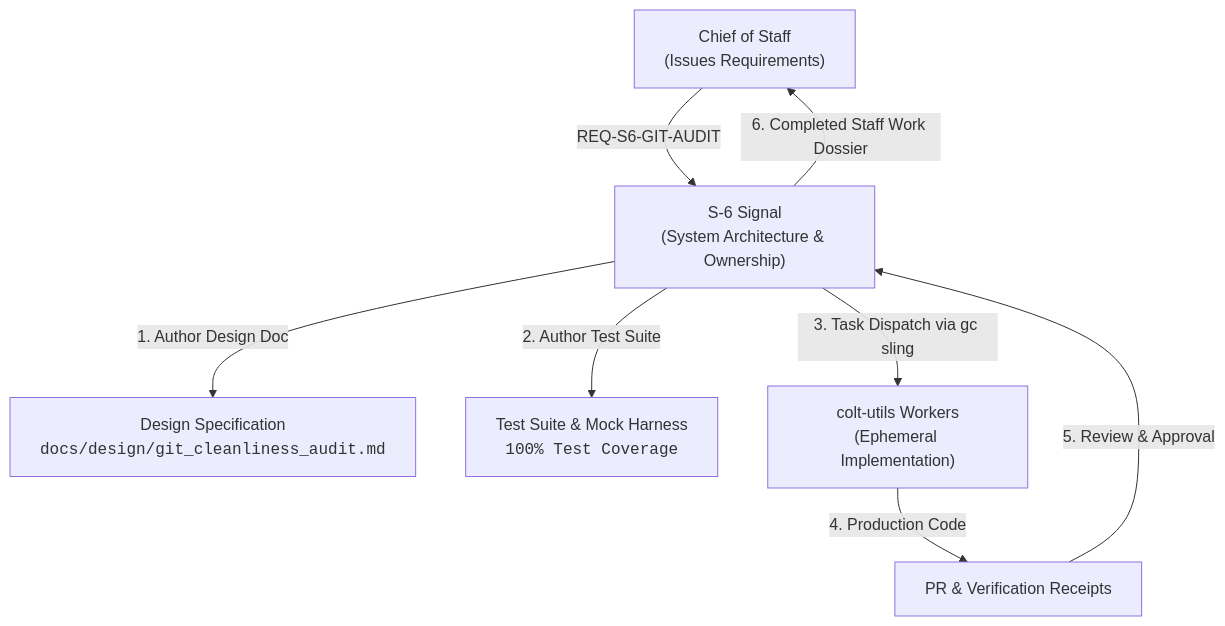
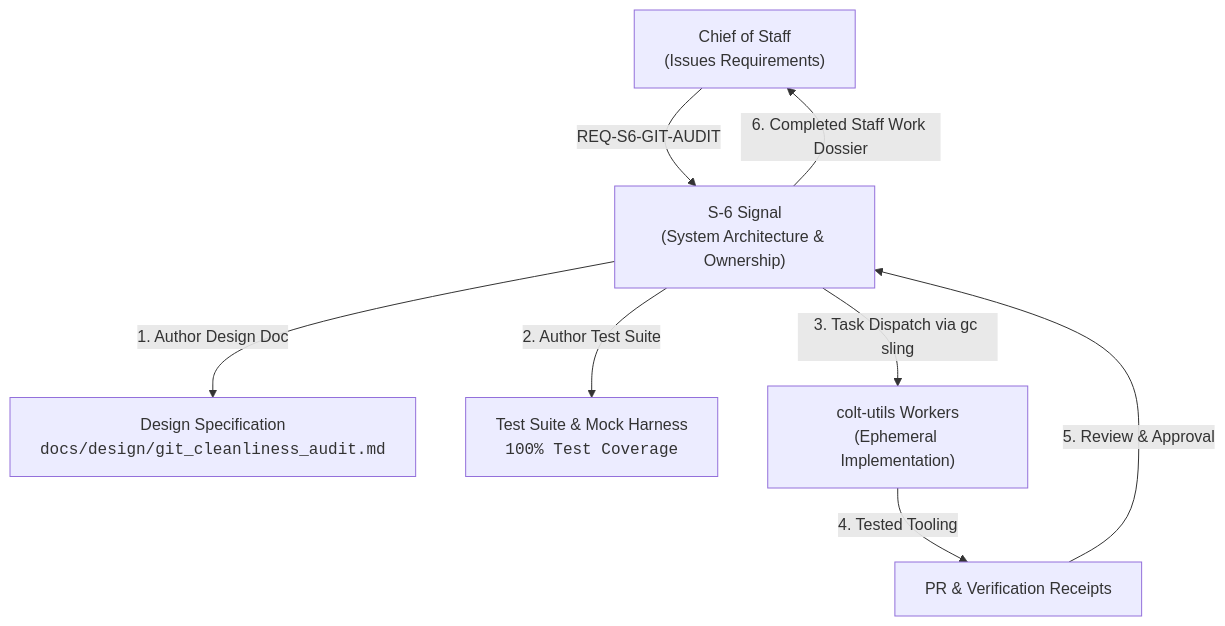
One commit to chalko/a-staff changed the diagram in directives/REQ_CROSS_REPO_GIT_CLEANLINESS_AUDIT.md. Above: the diagram before and after it, drawn with Mermaid. The commit also changed other lines of this file and 9 other files, not shown here.

````diff
--- a/directives/REQ_CROSS_REPO_GIT_CLEANLINESS_AUDIT.md
+++ b/directives/REQ_CROSS_REPO_GIT_CLEANLINESS_AUDIT.md
@@ -15,10 +15,10 @@
 ```mermaid
 flowchart TD
     COS["Chief of Staff<br/>(Issues Requirements)"] -->|REQ-S6-GIT-AUDIT| S6["S-6 Signal<br/>(System Architecture & Ownership)"]
     S6 -->|1. Author Design Doc| DD["Design Specification<br/><code>docs/design/git_cleanliness_audit.md</code>"]
     S6 -->|2. Author Test Suite| TST["Test Suite & Mock Harness<br/><code>100% Test Coverage</code>"]
     S6 -->|3. Task Dispatch via gc sling| WORK["colt-utils Workers<br/>(Ephemeral Implementation)"]
-    WORK -->|4. Production Code| PR["PR & Verification Receipts"]
+    WORK -->|4. Tested Tooling| PR["PR & Verification Receipts"]
     PR -->|5. Review & Approval| S6
     S6 -->|6. Completed Staff Work Dossier| COS
 ```
````
